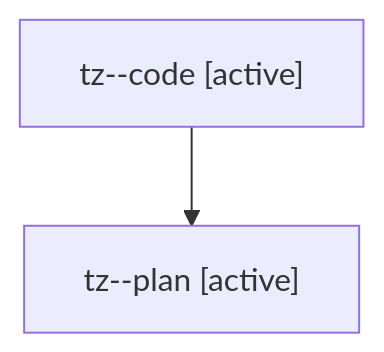
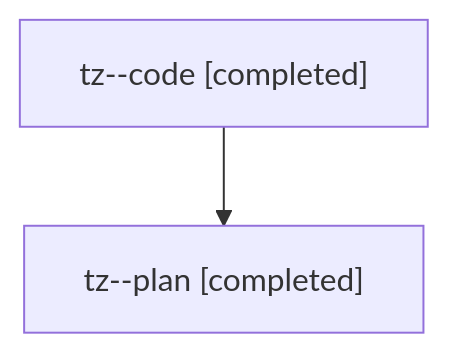
The diagram in families/bbugyi200.athena.tz.md (sase-org/sase--agents), drawn with Mermaid before and after one commit. The commit also changed other lines of this file and 34 other files, not shown here.

````diff
--- a/families/bbugyi200.athena.tz.md
+++ b/families/bbugyi200.athena.tz.md
@@ -9,6 +9,6 @@
 ```mermaid
 flowchart TD
-  n0["tz--code [active]"]
-  n1["tz--plan [active]"]
+  n0["tz--code [completed]"]
+  n1["tz--plan [completed]"]
   n0 --> n1
 ```
````
